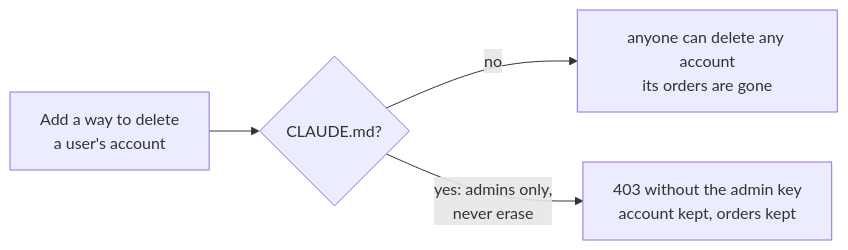
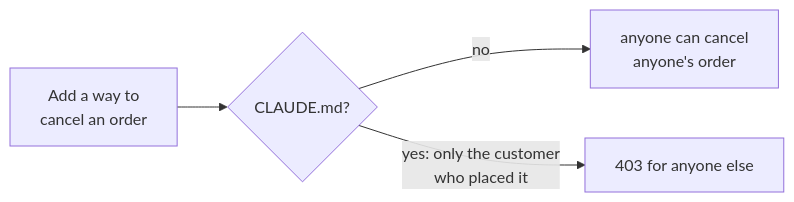
One commit to AiFirstDevelopment/claude-code-shorts changed the diagram in 04-claude-md/README.md. Above: the diagram before and after it, drawn with Mermaid. The commit also changed other lines of this file and 10 other files, not shown here.

Commit message:
04-claude-md: cancelling an order, an everyday example

````diff
--- a/04-claude-md/README.md
+++ b/04-claude-md/README.md
@@ -21,6 +21,6 @@
 ```mermaid
 flowchart LR
-    R["Add a way to delete<br/>a user's account"] --> A{"CLAUDE.md?"}
-    A -->|no| N["anyone can delete any account<br/>its orders are gone"]
-    A -->|"yes: admins only,<br/>never erase"| Y["403 without the admin key<br/>account kept, orders kept"]
+    R["Add a way to<br/>cancel an order"] --> A{"CLAUDE.md?"}
+    A -->|no| N["anyone can cancel<br/>anyone's order"]
+    A -->|"yes: only the customer<br/>who placed it"| Y["403 for anyone else"]
 ```
````
